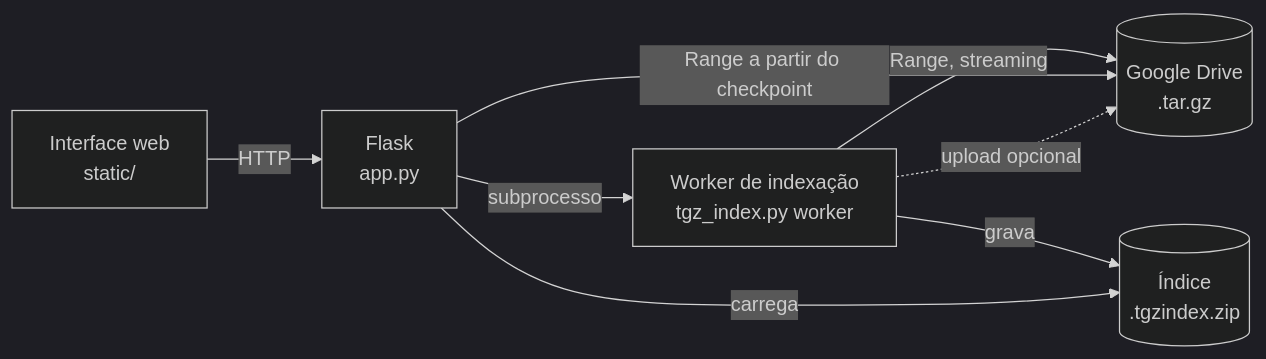
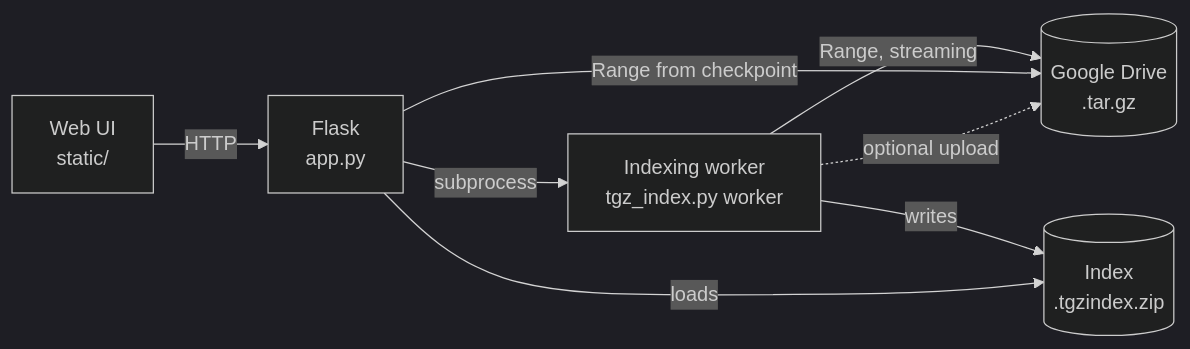
Before and after one commit to ffcro3/tar-explorer: the diagram in README.md, drawn with Mermaid (dark theme). The commit also changed other lines of this file and 2 other files, not shown here.

````diff
--- a/README.md
+++ b/README.md
@@ -54,10 +54,10 @@
 ```mermaid
 flowchart LR
-    UI[Interface web<br/>static/] -->|HTTP| API[Flask<br/>app.py]
-    API -->|subprocesso| W[Worker de indexação<br/>tgz_index.py worker]
+    UI[Web UI<br/>static/] -->|HTTP| API[Flask<br/>app.py]
+    API -->|subprocess| W[Indexing worker<br/>tgz_index.py worker]
     W -->|Range, streaming| D[(Google Drive<br/>.tar.gz)]
-    W -->|grava| IDX[(Índice<br/>.tgzindex.zip)]
-    API -->|carrega| IDX
-    API -->|Range a partir do checkpoint| D
-    W -.->|upload opcional| D
+    W -->|writes| IDX[(Index<br/>.tgzindex.zip)]
+    API -->|loads| IDX
+    API -->|Range from checkpoint| D
+    W -.->|optional upload| D
 ```
````
